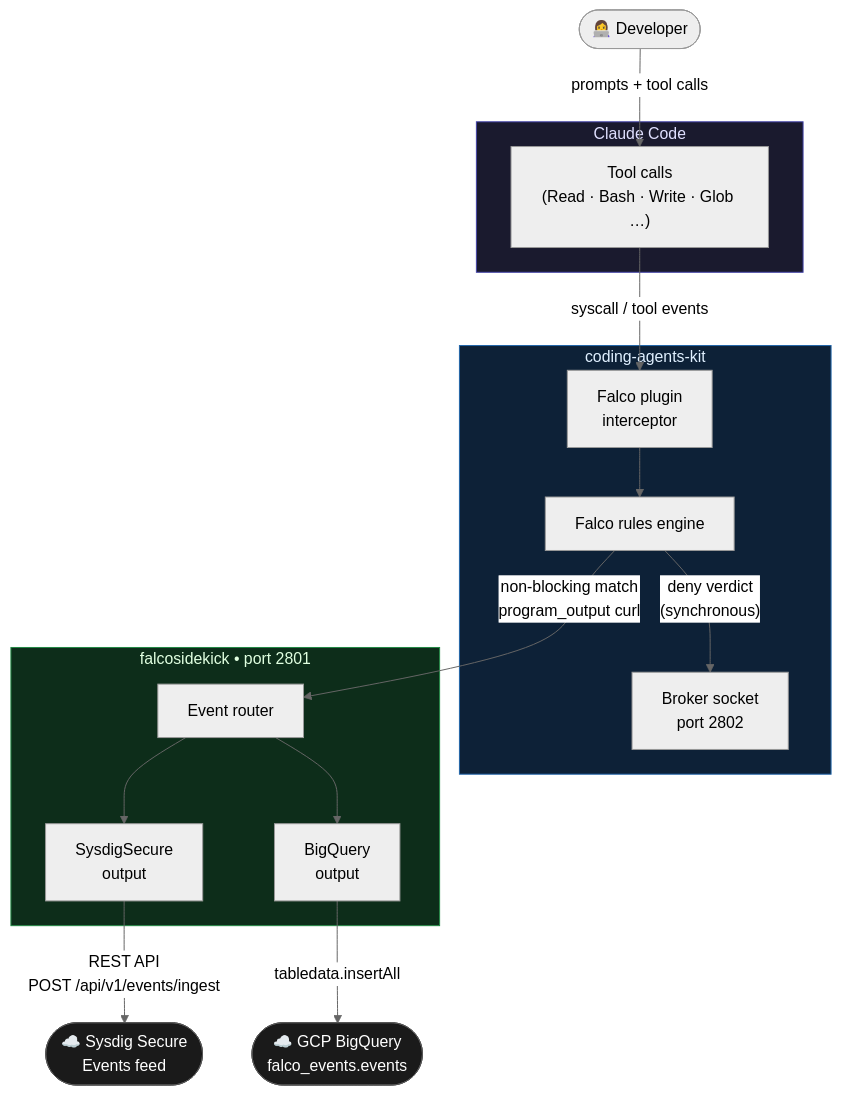
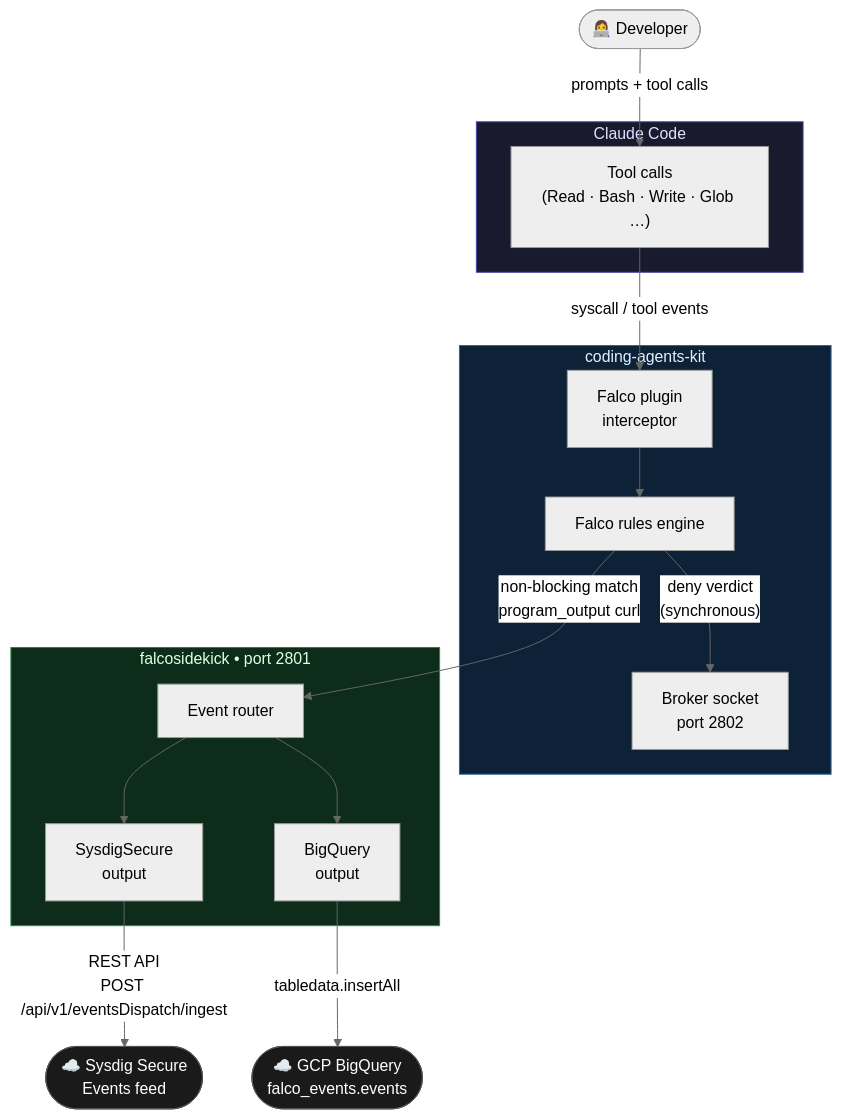
The diagram in docs/coding-agents-kit-integration.md (aitoracedo/falcosidekick), drawn with Mermaid (neutral theme) before and after one commit. The commit also changed 1 other file, not shown here.

Commit message:
fix(docs): correct SysdigSecure endpoint in architecture diagram
The diagram showed /api/v1/events/ingest which was wrong. The actual
endpoint called by the implementation (main.go:920) is
/api/v1/eventsDispatch/ingest. Regenerated the PDF accordingly.

````diff
--- a/docs/coding-agents-kit-integration.md
+++ b/docs/coding-agents-kit-integration.md
@@ -9,42 +9,42 @@
 ```mermaid
 flowchart TD
     Dev(["👩‍💻 Developer"])
 
     subgraph CC["Claude Code"]
         Tools["Tool calls\n(Read · Bash · Write · Glob …)"]
     end
 
     subgraph CAK["coding-agents-kit"]
         Plugin["Falco plugin\ninterceptor"]
         Rules["Falco rules engine"]
         Broker["Broker socket\nport 2802"]
     end
 
     subgraph FSK["falcosidekick  •  port 2801"]
         Router["Event router"]
         SS["SysdigSecure\noutput"]
         BQ["BigQuery\noutput"]
     end
 
     SysdigUI(["☁️ Sysdig Secure\nEvents feed"])
     GCPBQ(["☁️ GCP BigQuery\nfalco_events.events"])
 
     Dev -->|"prompts + tool calls"| Tools
     Tools -->|"syscall / tool events"| Plugin
     Plugin --> Rules
 
     Rules -->|"deny verdict\n(synchronous)"| Broker
     Rules -->|"non-blocking match\nprogram_output curl"| Router
 
     Router --> SS
     Router --> BQ
 
-    SS -->|"REST API\nPOST /api/v1/events/ingest"| SysdigUI
+    SS -->|"REST API\nPOST /api/v1/eventsDispatch/ingest"| SysdigUI
     BQ -->|"tabledata.insertAll"| GCPBQ
 
     style CC fill:#1a1a2e,color:#e0e0ff,stroke:#4444aa
     style CAK fill:#0d2137,color:#e0f0ff,stroke:#2266aa
     style FSK fill:#0d2d1a,color:#e0ffe0,stroke:#228844
     style SysdigUI fill:#1a1a1a,color:#ffffff,stroke:#555
     style GCPBQ fill:#1a1a1a,color:#ffffff,stroke:#555
 ```
````
